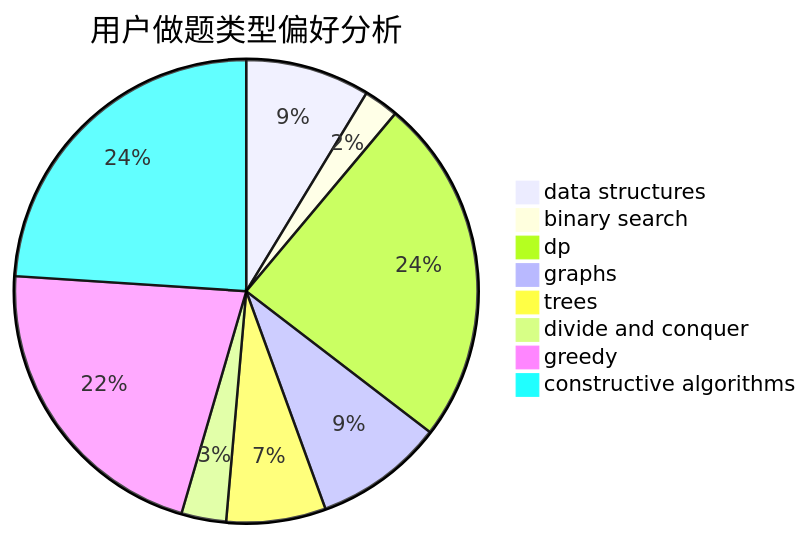
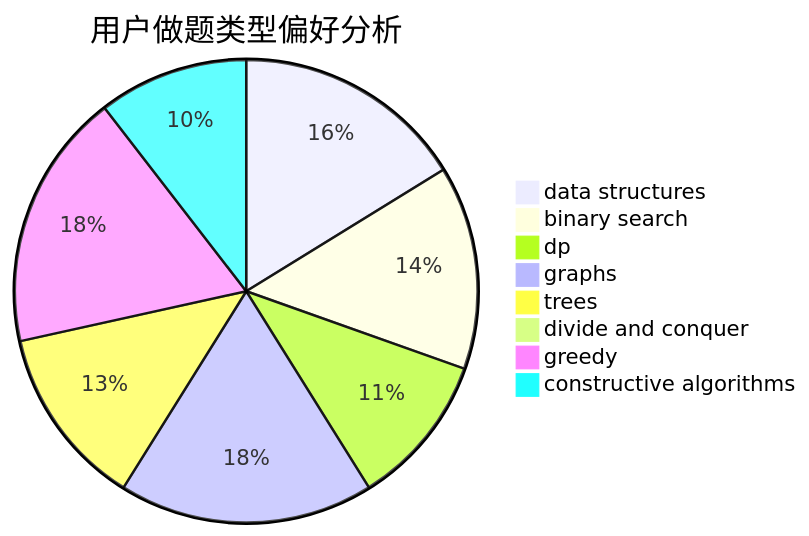
One commit to sherpahu/cfrs.github.io changed the second of 3 diagrams in docs/user/u1393.md. Above: the diagram before and after it, drawn with Mermaid. The commit also changed other lines of this file and 2770 other files, not shown here.

````diff
--- a/docs/user/u1393.md
+++ b/docs/user/u1393.md
@@ -23,11 +23,11 @@
 ```mermaid
 pie title 用户做题类型偏好分析
-    "data structures" :  25
-    "binary search" :  7
-    "dp" :  70
-    "graphs" :  26
-    "trees" :  20
-    "divide and conquer" :  9
-    "greedy" :  62
-    "constructive algorithms" :  69
+    "data structures" :  82
+    "binary search" :  72
+    "dp" :  54
+    "graphs" :  90
+    "trees" :  64
+    "divide and conquer" :  1
+    "greedy" :  91
+    "constructive algorithms" :  53
 ```
````
